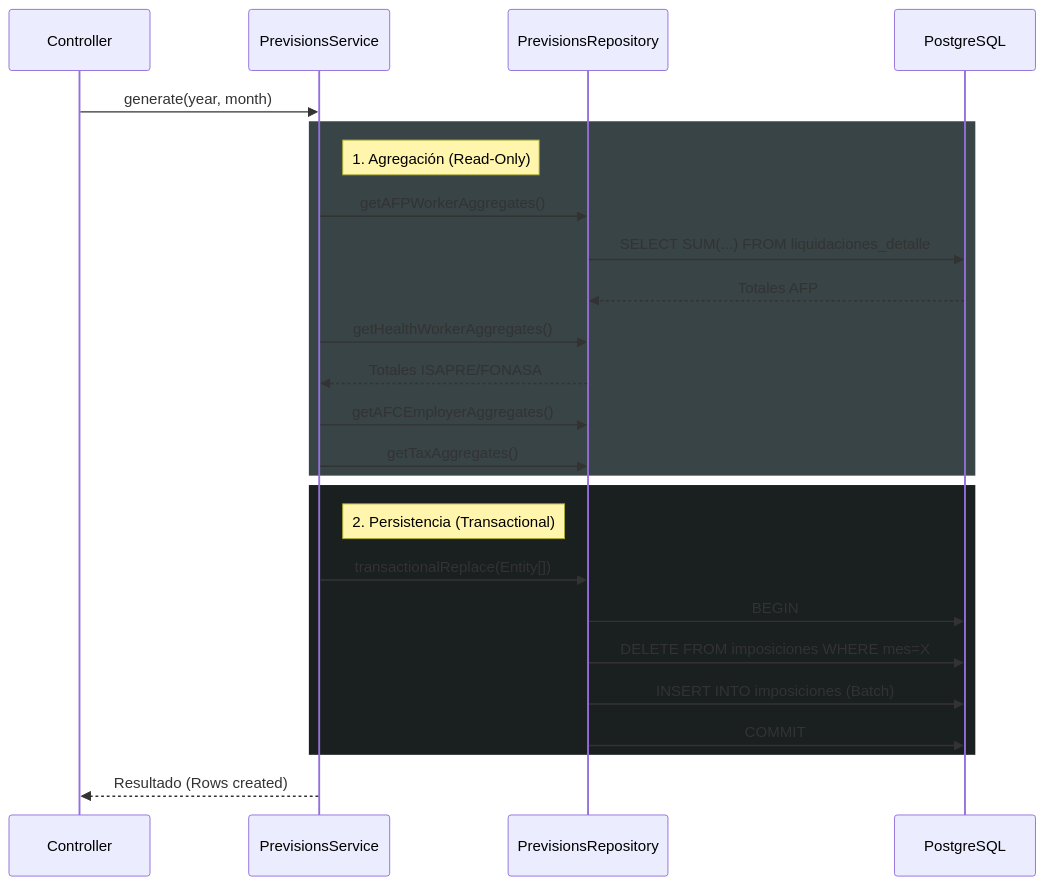
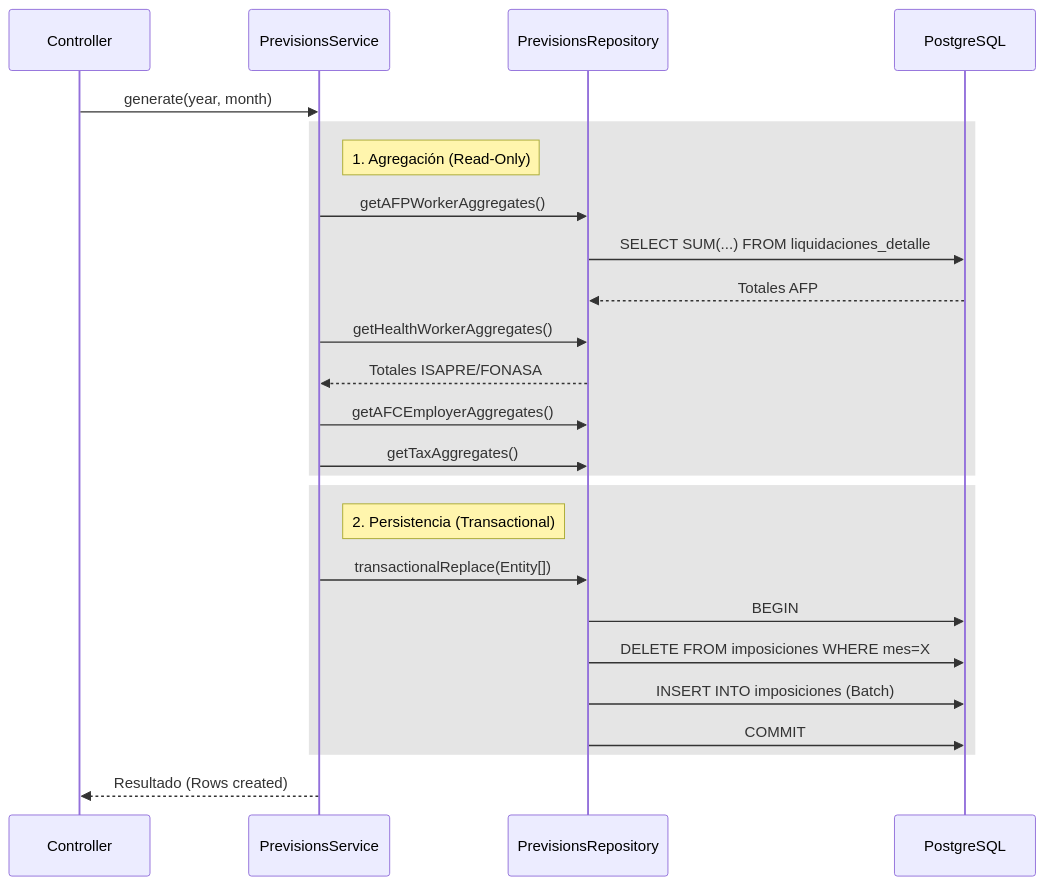
Before and after one commit to ChrisTkm/jean_d_arc: the diagram in src/content/docs/accounting/remuneraciones/generacion-imposiciones.md, drawn with Mermaid. The commit also changed 8 other files, not shown here.

Commit message:
docs: Add comprehensive documentation for accounting remuneration, system architecture, and security practices including various diagrams.

````diff
--- a/src/content/docs/accounting/remuneraciones/generacion-imposiciones.md
+++ b/src/content/docs/accounting/remuneraciones/generacion-imposiciones.md
@@ -24,31 +24,31 @@
 ```mermaid
 sequenceDiagram
     participant API as Controller
     participant Service as PrevisionsService
     participant Repo as PrevisionsRepository
     participant DB as PostgreSQL
 
     API->>Service: generate(year, month)
     
-    rect rgb(57, 68, 70)
+    rect rgba(0, 0, 0, 0.1)
     note right of Service: 1. Agregación (Read-Only)
     Service->>Repo: getAFPWorkerAggregates()
     Repo->>DB: SELECT SUM(...) FROM liquidaciones_detalle
     DB-->>Repo: Totales AFP
     Service->>Repo: getHealthWorkerAggregates()
     Repo-->>Service: Totales ISAPRE/FONASA
     Service->>Repo: getAFCEmployerAggregates()
     Service->>Repo: getTaxAggregates()
     end
 
-    rect rgb(26, 31, 32)
+    rect rgba(0, 0, 0, 0.1)
     note right of Service: 2. Persistencia (Transactional)
     Service->>Repo: transactionalReplace(Entity[])
     Repo->>DB: BEGIN
     Repo->>DB: DELETE FROM imposiciones WHERE mes=X
     Repo->>DB: INSERT INTO imposiciones (Batch)
     Repo->>DB: COMMIT
     end
 
     Service-->>API: Resultado (Rows created)
 ```
````
